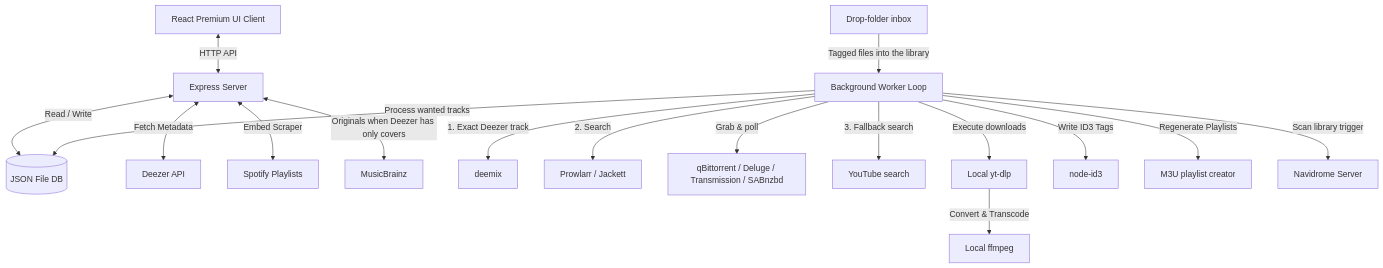
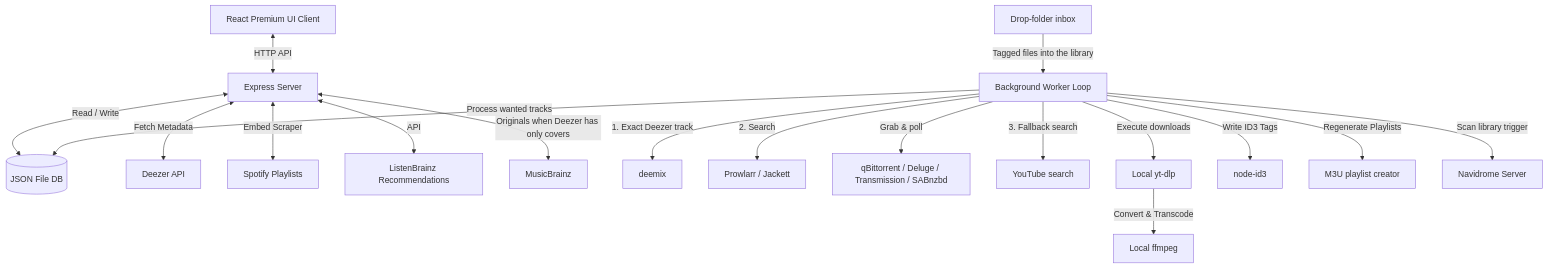
The diagram in README.md (jlesterak/songarr), drawn with Mermaid before and after one commit. The commit also changed other lines of this file and 2 other files, not shown here.

First line of the commit message:
docs: ListenBrainz sources and bulk edit in README, TODO, STATUS

````diff
--- a/README.md
+++ b/README.md
@@ -123,21 +125,22 @@
 ```mermaid
 graph TD
     UI[React Premium UI Client] <-->|HTTP API| Express[Express Server]
     Express <-->|Read / Write| JSONDB[(JSON File DB)]
     Express <-->|Fetch Metadata| Deezer[Deezer API]
     Express <-->|Embed Scraper| Spotify[Spotify Playlists]
+    Express <-->|API| ListenBrainz[ListenBrainz Recommendations]
     
     Express <-->|Originals when Deezer has only covers| MusicBrainz[MusicBrainz]
     
     Worker[Background Worker Loop] -->|Process wanted tracks| JSONDB
     Worker -->|1. Exact Deezer track| Deemix[deemix]
     Worker -->|2. Search| Indexers[Prowlarr / Jackett]
     Worker -->|Grab & poll| Client[qBittorrent / Deluge / Transmission / SABnzbd]
     Worker -->|3. Fallback search| YouTube[YouTube search]
     Worker -->|Execute downloads| YTDLP[Local yt-dlp]
     YTDLP -->|Convert & Transcode| FFMPEG[Local ffmpeg]
     Worker -->|Write ID3 Tags| ID3[node-id3]
     Worker -->|Regenerate Playlists| M3U[M3U playlist creator]
     Worker -->|Scan library trigger| Navidrome[Navidrome Server]
     Inbox[Drop-folder inbox] -->|Tagged files into the library| Worker
 ```
````
